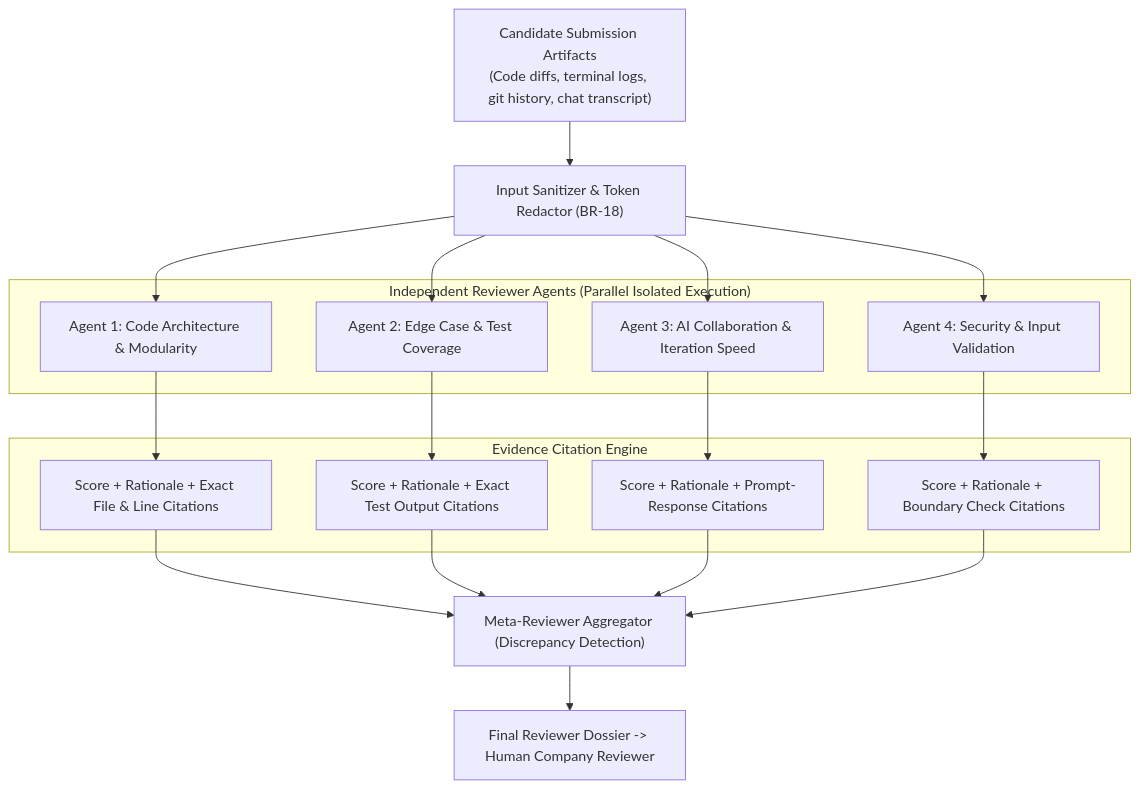
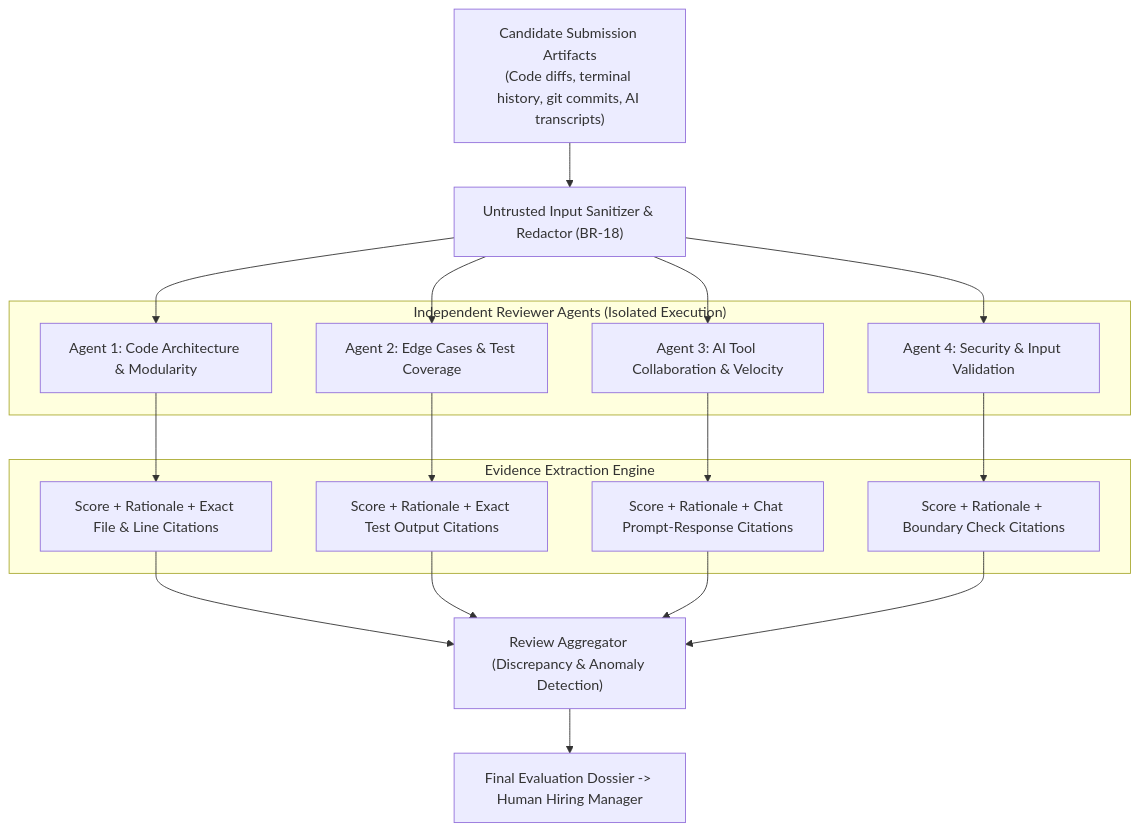
The first of 2 diagrams in apps/docs/content/docs/roles/ai.mdx (infinitica-org/hellosmart), drawn with Mermaid before and after one commit. The commit also changed other lines of this file and 6 other files, not shown here.

````diff
--- a/apps/docs/content/docs/roles/ai.mdx
+++ b/apps/docs/content/docs/roles/ai.mdx
@@ -20,40 +20,40 @@
 ```mermaid
 flowchart TD
-    Sub["Candidate Submission Artifacts\n(Code diffs, terminal logs, git history, chat transcript)"]
+    Sub["Candidate Submission Artifacts\n(Code diffs, terminal history, git commits, AI transcripts)"]
     
-    Sanitizer["Input Sanitizer & Token Redactor (BR-18)"]
+    Sanitizer["Untrusted Input Sanitizer & Redactor (BR-18)"]
     Sub --> Sanitizer
     
-    subgraph Agents["Independent Reviewer Agents (Parallel Isolated Execution)"]
+    subgraph Agents["Independent Reviewer Agents (Isolated Execution)"]
         A1["Agent 1: Code Architecture & Modularity"]
-        A2["Agent 2: Edge Case & Test Coverage"]
-        A3["Agent 3: AI Collaboration & Iteration Speed"]
+        A2["Agent 2: Edge Cases & Test Coverage"]
+        A3["Agent 3: AI Tool Collaboration & Velocity"]
         A4["Agent 4: Security & Input Validation"]
     end
     
     Sanitizer --> A1
     Sanitizer --> A2
     Sanitizer --> A3
     Sanitizer --> A4
     
-    subgraph Evidence["Evidence Citation Engine"]
+    subgraph Evidence["Evidence Extraction Engine"]
         E1["Score + Rationale + Exact File & Line Citations"]
         E2["Score + Rationale + Exact Test Output Citations"]
-        E3["Score + Rationale + Prompt-Response Citations"]
+        E3["Score + Rationale + Chat Prompt-Response Citations"]
         E4["Score + Rationale + Boundary Check Citations"]
     end
     
     A1 --> E1
     A2 --> E2
     A3 --> E3
     A4 --> E4
     
-    Aggregator["Meta-Reviewer Aggregator (Discrepancy Detection)"]
+    Aggregator["Review Aggregator (Discrepancy & Anomaly Detection)"]
     E1 --> Aggregator
     E2 --> Aggregator
     E3 --> Aggregator
     E4 --> Aggregator
     
-    FinalReport["Final Reviewer Dossier -> Human Company Reviewer"]
+    FinalReport["Final Evaluation Dossier -> Human Hiring Manager"]
     Aggregator --> FinalReport
 ```
````
